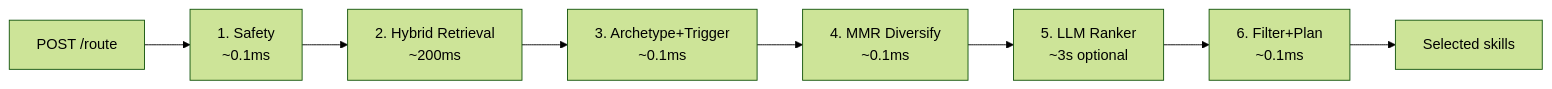
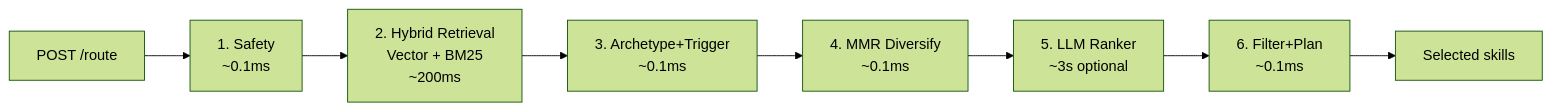
One commit to paulpas/agent-skill-router changed the second of 3 diagrams in docs/show-and-tell-presentation.md. Above: the diagram before and after it, drawn with Mermaid (forest theme). The commit also changed other lines of this file and 7 other files, not shown here.

````diff
--- a/docs/show-and-tell-presentation.md
+++ b/docs/show-and-tell-presentation.md
@@ -54,10 +54,10 @@
 ```mermaid
 flowchart LR
     Input["POST /route"] --> S1["1. Safety<br/>~0.1ms"]
-    S1 --> S2["2. Hybrid Retrieval<br/>~200ms"]
+    S1 --> S2["2. Hybrid Retrieval<br/>Vector + BM25<br/>~200ms"]
     S2 --> S3["3. Archetype+Trigger<br/>~0.1ms"]
     S3 --> S4["4. MMR Diversify<br/>~0.1ms"]
     S4 --> S5["5. LLM Ranker<br/>~3s optional"]
     S5 --> S6["6. Filter+Plan<br/>~0.1ms"]
     S6 --> Output["Selected skills"]
 ```
````
